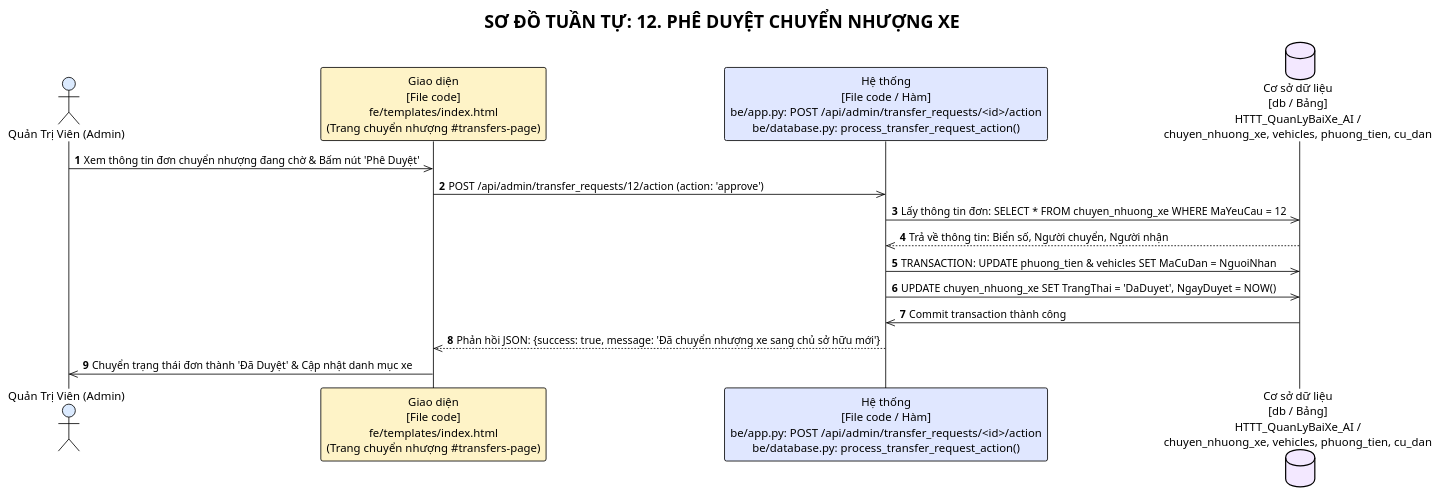
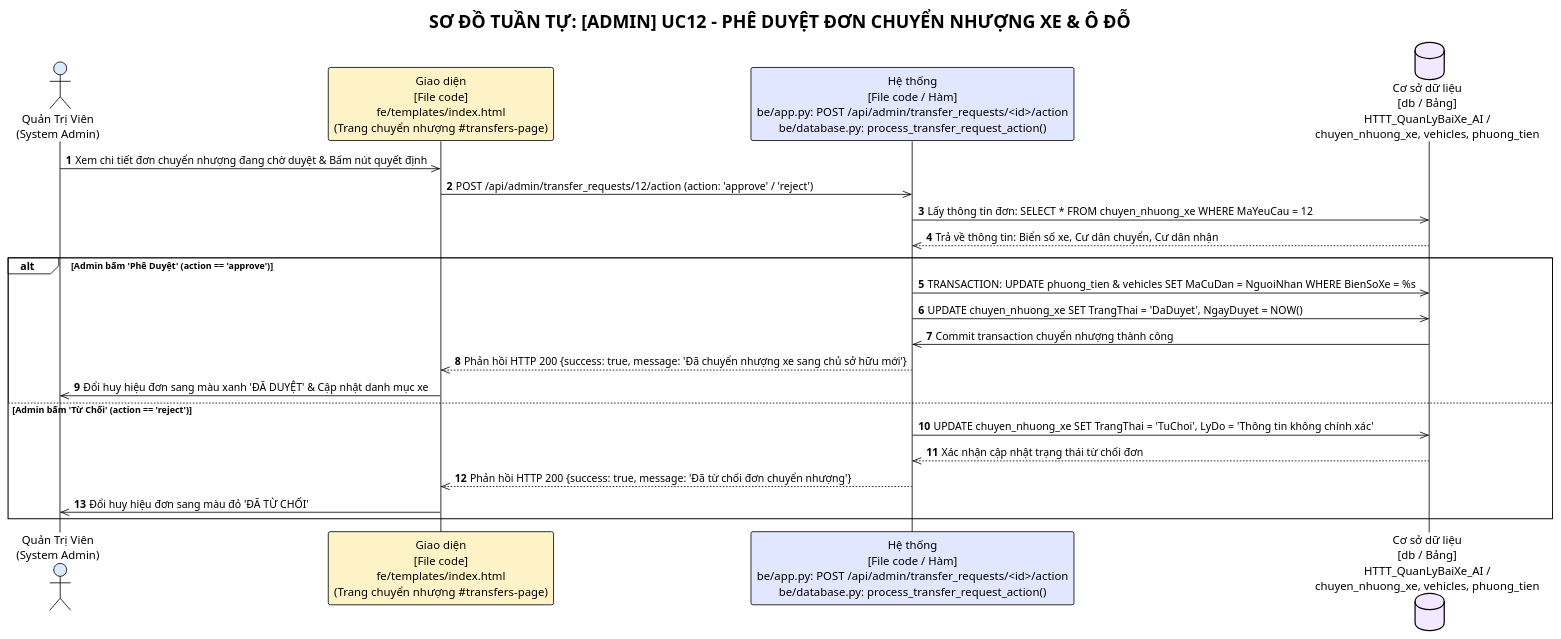
One commit to Truong027/CNPM24 changed diagram 12 of 13 in ongthanquoctruong_24CT2_cnpm/docs/SEQUENCE_DIAGRAMS.puml. Above: the diagram before and after it, drawn with PlantUML. The commit also changed other lines of this file and 26 other files, not shown here.

Commit message:
docs: update sequence diagrams with actor stick figures, alt frames, and grouped by actor

```diff
--- a/ongthanquoctruong_24CT2_cnpm/docs/SEQUENCE_DIAGRAMS.puml
+++ b/ongthanquoctruong_24CT2_cnpm/docs/SEQUENCE_DIAGRAMS.puml
@@ -240,21 +329,29 @@
 @startuml uc12_admin_approve_transfer
 !theme plain
-title SƠ ĐỒ TUẦN TỰ: 12. PHÊ DUYỆT CHUYỂN NHƯỢNG XE
+title SƠ ĐỒ TUẦN TỰ: [ADMIN] UC12 - PHÊ DUYỆT ĐƠN CHUYỂN NHƯỢNG XE & Ô ĐỖ
 autonumber
 
-actor "Quản Trị Viên (Admin)" as Actor #DBEAFE
+actor "Quản Trị Viên\n(System Admin)" as Actor #DBEAFE
 participant "Giao diện\n[File code]\nfe/templates/index.html\n(Trang chuyển nhượng #transfers-page)" as UI #FEF3C7
 participant "Hệ thống\n[File code / Hàm]\nbe/app.py: POST /api/admin/transfer_requests/<id>/action\nbe/database.py: process_transfer_request_action()" as Sys #E0E7FF
-database "Cơ sở dữ liệu\n[db / Bảng]\nHTTT_QuanLyBaiXe_AI /\nchuyen_nhuong_xe, vehicles, phuong_tien, cu_dan" as DB #F3E8FF
+database "Cơ sở dữ liệu\n[db / Bảng]\nHTTT_QuanLyBaiXe_AI /\nchuyen_nhuong_xe, vehicles, phuong_tien" as DB #F3E8FF
 
-Actor ->> UI: Xem thông tin đơn chuyển nhượng đang chờ & Bấm nút 'Phê Duyệt'
-UI ->> Sys: POST /api/admin/transfer_requests/12/action (action: 'approve')
+Actor ->> UI: Xem chi tiết đơn chuyển nhượng đang chờ duyệt & Bấm nút quyết định
+UI ->> Sys: POST /api/admin/transfer_requests/12/action (action: 'approve' / 'reject')
 Sys ->> DB: Lấy thông tin đơn: SELECT * FROM chuyen_nhuong_xe WHERE MaYeuCau = 12
-DB -->> Sys: Trả về thông tin: Biển số, Người chuyển, Người nhận
-Sys ->> DB: TRANSACTION: UPDATE phuong_tien & vehicles SET MaCuDan = NguoiNhan
-Sys ->> DB: UPDATE chuyen_nhuong_xe SET TrangThai = 'DaDuyet', NgayDuyet = NOW()
-DB ->> Sys: Commit transaction thành công
-Sys -->> UI: Phản hồi JSON: {success: true, message: 'Đã chuyển nhượng xe sang chủ sở hữu mới'}
-UI ->> Actor: Chuyển trạng thái đơn thành 'Đã Duyệt' & Cập nhật danh mục xe
+DB -->> Sys: Trả về thông tin: Biển số xe, Cư dân chuyển, Cư dân nhận
+
+alt Admin bấm 'Phê Duyệt' (action == 'approve')
+    Sys ->> DB: TRANSACTION: UPDATE phuong_tien & vehicles SET MaCuDan = NguoiNhan WHERE BienSoXe = %s
+    Sys ->> DB: UPDATE chuyen_nhuong_xe SET TrangThai = 'DaDuyet', NgayDuyet = NOW()
+    DB ->> Sys: Commit transaction chuyển nhượng thành công
+    Sys -->> UI: Phản hồi HTTP 200 {success: true, message: 'Đã chuyển nhượng xe sang chủ sở hữu mới'}
+    UI ->> Actor: Đổi huy hiệu đơn sang màu xanh 'ĐÃ DUYỆT' & Cập nhật danh mục xe
+else Admin bấm 'Từ Chối' (action == 'reject')
+    Sys ->> DB: UPDATE chuyen_nhuong_xe SET TrangThai = 'TuChoi', LyDo = 'Thông tin không chính xác'
+    DB -->> Sys: Xác nhận cập nhật trạng thái từ chối đơn
+    Sys -->> UI: Phản hồi HTTP 200 {success: true, message: 'Đã từ chối đơn chuyển nhượng'}
+    UI ->> Actor: Đổi huy hiệu đơn sang màu đỏ 'ĐÃ TỪ CHỐI'
+end
 
 @enduml
```
